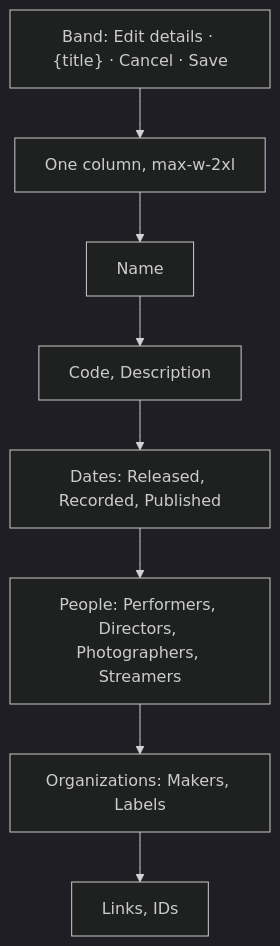
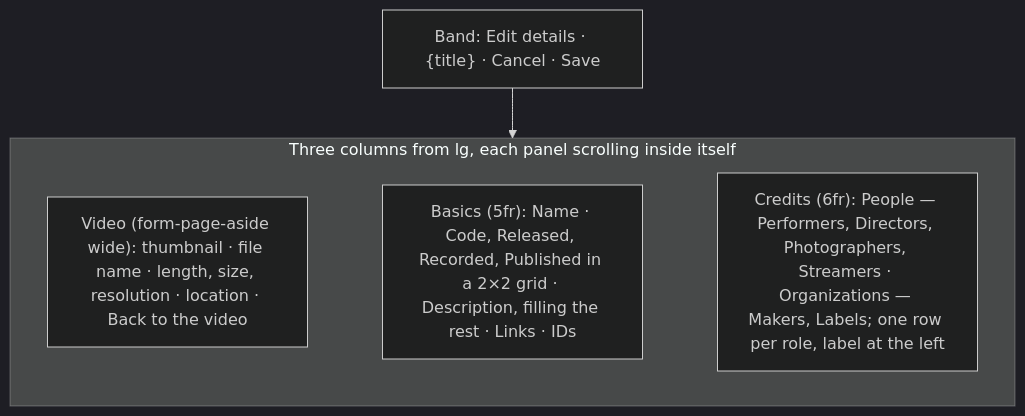
Before and after one commit to syudead/vv: the third of 7 diagrams in specs/047-video-work-info/ui-design.md, drawn with Mermaid (dark theme). The commit also changed other lines of this file, not shown here.

First line of the commit message:
Lay the details editor out in three columns that use the screen width

````diff
--- a/specs/047-video-work-info/ui-design.md
+++ b/specs/047-video-work-info/ui-design.md
@@ -404,10 +432,11 @@
 ```mermaid
 flowchart TB
-  band["Band: Edit details · {title} · Cancel · Save"] --> col["One column, max-w-2xl"]
-  col --> name[Name]
-  name --> work[Code, Description]
-  work --> dates[Dates: Released, Recorded, Published]
-  dates --> people[People: Performers, Directors, Photographers, Streamers]
-  people --> orgs[Organizations: Makers, Labels]
-  orgs --> lists[Links, IDs]
+  band["Band: Edit details · {title} · Cancel · Save"] --> grid
+  subgraph grid["Three columns from lg, each panel scrolling inside itself"]
+    direction LR
+    aside["Video (form-page-aside wide): thumbnail · file name · length, size, resolution · location · Back to the video"]
+    basics["Basics (5fr): Name · Code, Released, Recorded, Published in a 2×2 grid · Description, filling the rest · Links · IDs"]
+    credits["Credits (6fr): People — Performers, Directors, Photographers, Streamers · Organizations — Makers, Labels; one row per role, label at the left"]
+    aside ~~~ basics ~~~ credits
+  end
 ```
````
